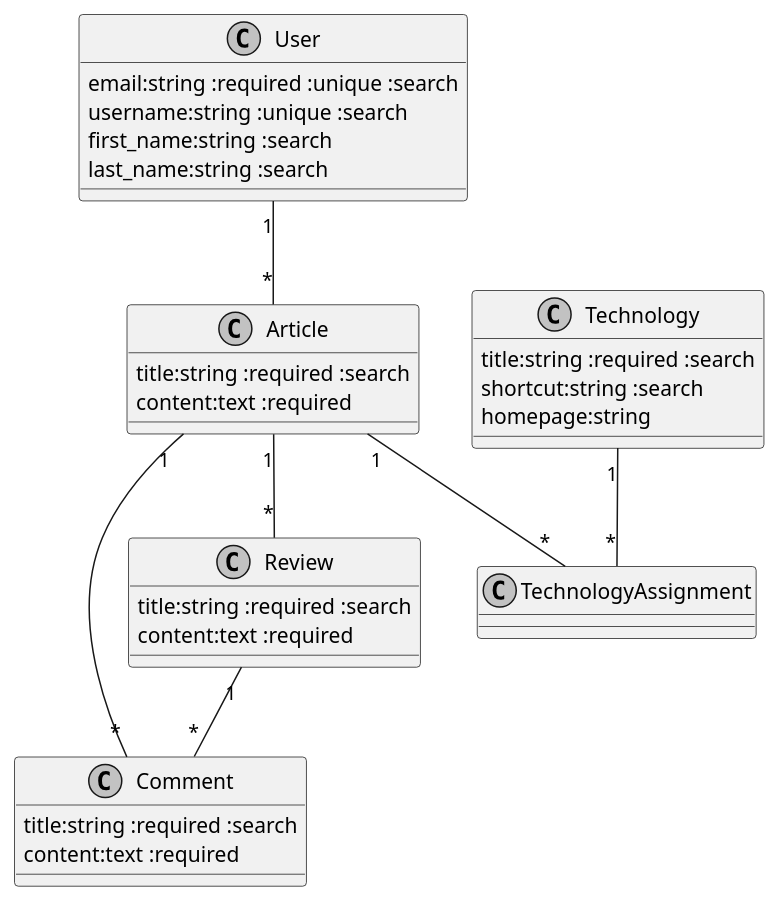
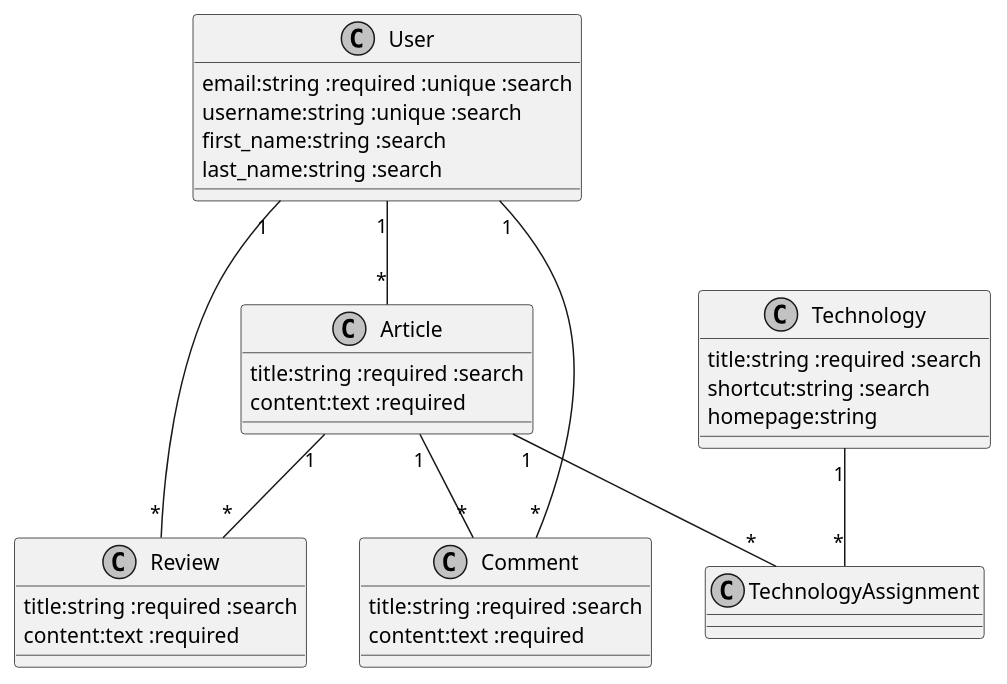
Before and after one commit to jrcech/blogger: the diagram in docs/model.md, drawn with PlantUML.

Commit message:
Update model

````diff
--- a/docs/model.md
+++ b/docs/model.md
@@ -3,45 +3,46 @@
 ```plantuml
 @startuml
 
 skinparam monochrome true
 skinparam shadowing false
 
 class User {
   email:string :required :unique :search
   username:string :unique :search
   first_name:string :search
   last_name:string :search
 }
 
 class Article {
   title:string :required :search
   content:text :required
 }
 
 class Technology {
   title:string :required :search
   shortcut:string :search
   homepage:string
 }
 
 class Comment {
   title:string :required :search
   content:text :required
 }
 
 class Review {
   title:string :required :search
   content:text :required
 }
 
 User "1" -- "*" Article
+User "1" -- "*" Review
+User "1" -- "*" Comment
 
 Article "1" -- "*" Review
 Article "1" -- "*" Comment
-Review "1" -- "*" Comment
 
 Article "1" -- "*" TechnologyAssignment
 Technology "1" -- "*" TechnologyAssignment
 
 @enduml
 ```
````
